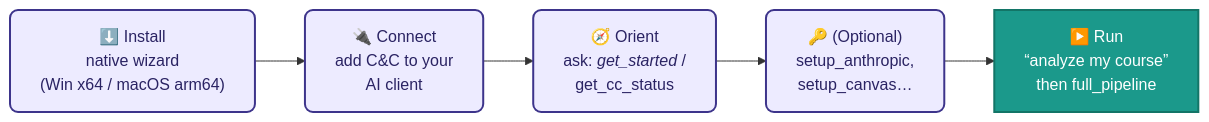
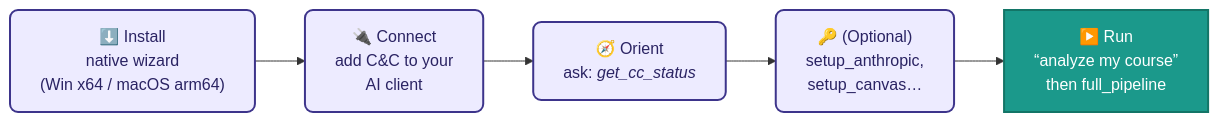
The seventh of 7 diagrams in docs/visual-guide/README.md (Ryfter/canvas-toolchain), drawn with Mermaid before and after one commit. The commit also changed other lines of this file and 8 other files, not shown here.

````diff
--- a/docs/visual-guide/README.md
+++ b/docs/visual-guide/README.md
@@ -220,14 +222,14 @@
 ```mermaid
 flowchart LR
     S1["⬇️ Install<br/>native wizard<br/>(Win x64 / macOS arm64)"]
     S2["🔌 Connect<br/>add C&C to your<br/>AI client"]
-    S3["🧭 Orient<br/>ask: <i>get_started</i> /<br/>get_cc_status"]
+    S3["🧭 Orient<br/>ask: <i>get_cc_status</i>"]
     S4["🔑 (Optional)<br/>setup_anthropic,<br/>setup_canvas…"]
     S5["▶️ Run<br/>“analyze my course”<br/>then full_pipeline"]
 
     S1 --> S2 --> S3 --> S4 --> S5
 
     classDef a fill:#EDEBFF,stroke:#3D348B,stroke-width:2px,color:#2A2363,rx:8,ry:8;
     classDef go fill:#1B998B,stroke:#137567,stroke-width:2px,color:#fff;
     class S1,S2,S3,S4 a; class S5 go;
 ```
````
